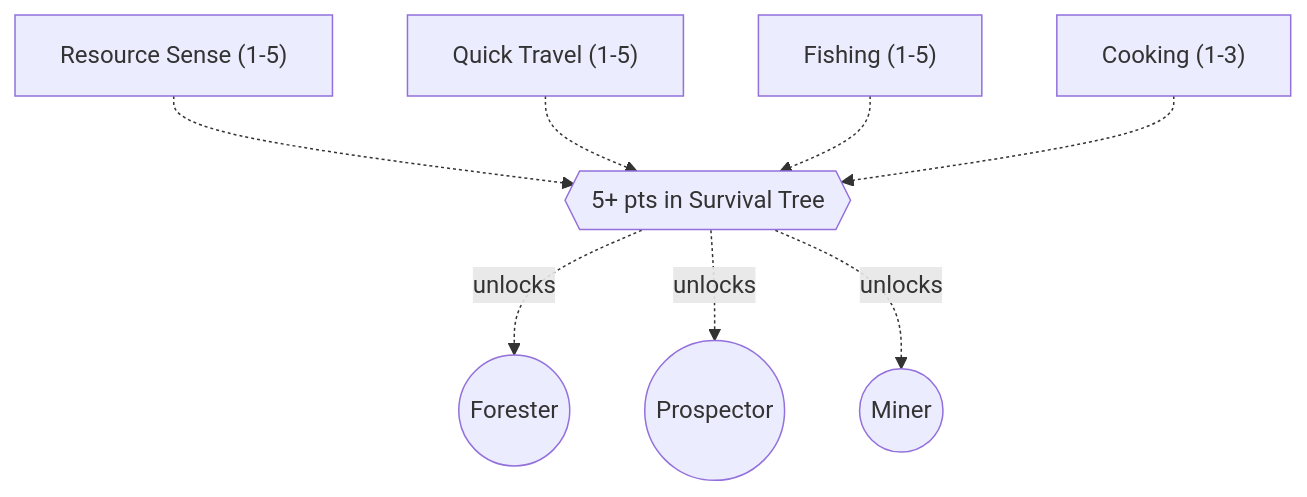
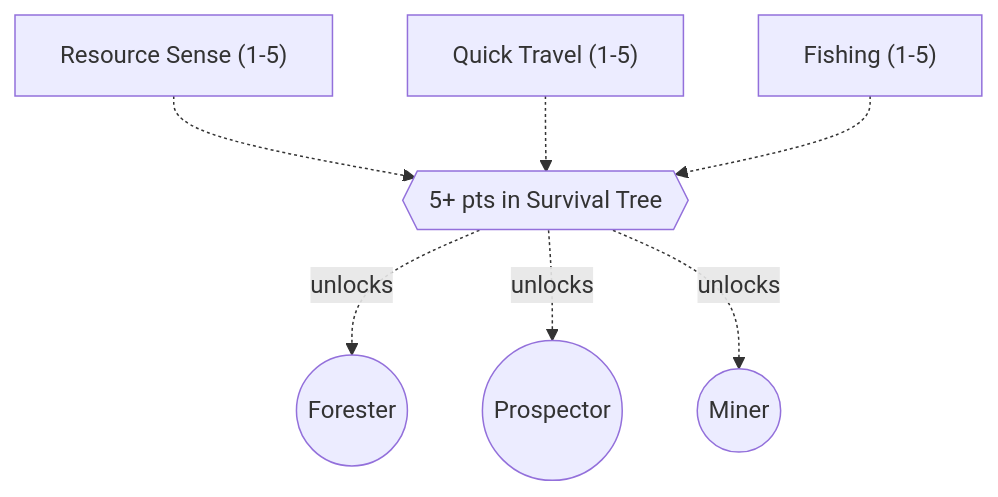
One commit to tfelix/bestia-docs changed the sixth of 16 diagrams in content/docs/mechanics/master.md. Above: the diagram before and after it, drawn with Mermaid. The commit also changed other lines of this file, not shown here.

````diff
--- a/content/docs/mechanics/master.md
+++ b/content/docs/mechanics/master.md
@@ -533,19 +530,17 @@
 ```mermaid
 graph TD
     ResourceSense["Resource Sense (1-5)"]
     QuickTravel["Quick Travel (1-5)"]
     Fishing["Fishing (1-5)"]
-    Cooking["Cooking (1-3)"]
     Gate{{"5+ pts in Survival Tree"}}
     Forester(("Forester"))
     Prospector(("Prospector"))
     Miner(("Miner"))
 
     ResourceSense -.-> Gate
     QuickTravel -.-> Gate
     Fishing -.-> Gate
-    Cooking -.-> Gate
     Gate -.->|unlocks| Forester
     Gate -.->|unlocks| Prospector
     Gate -.->|unlocks| Miner
 ```
````
